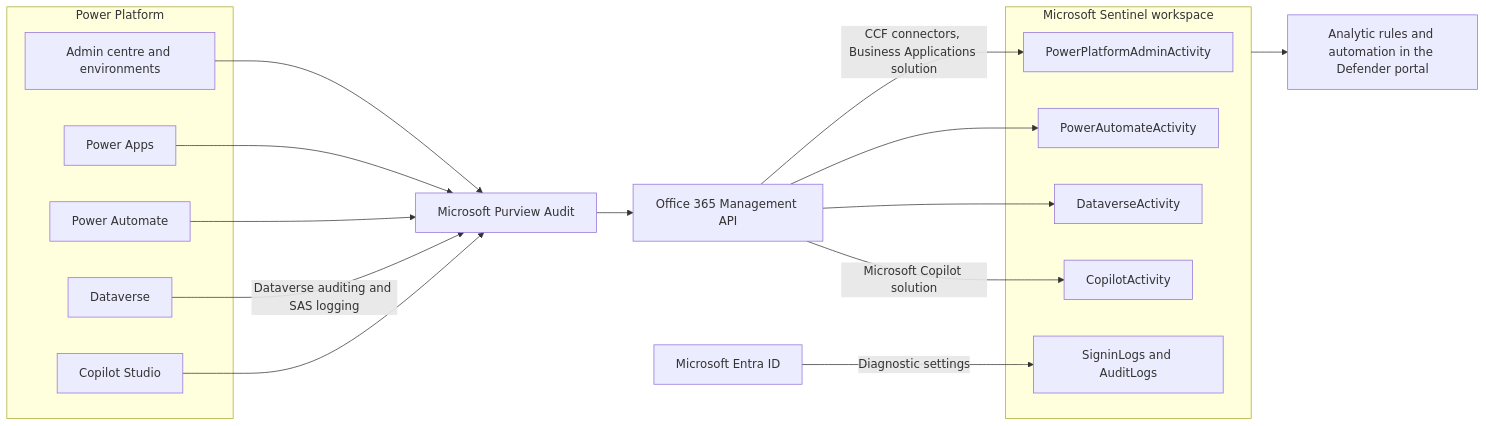
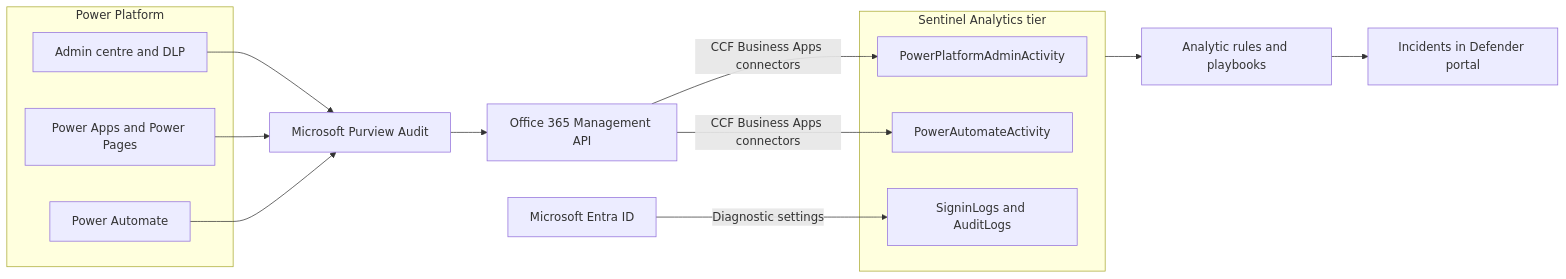
Before and after one commit to jusso-dev/microsoft-security-logging-guide: the diagram in business-apps/power-platform/README.md, drawn with Mermaid. The commit also changed other lines of this file and 9 other files, not shown here.

First line of the commit message:
Complete verified Data Security, Business Apps, AI and DevOps guides

````diff
--- a/business-apps/power-platform/README.md
+++ b/business-apps/power-platform/README.md
@@ -105,32 +83,25 @@
 ```mermaid
 flowchart LR
   subgraph PP[Power Platform]
-    ADM[Admin centre and environments]
-    APPS[Power Apps]
+    ADM[Admin centre and DLP]
+    APPS[Power Apps and Power Pages]
     FLOW[Power Automate]
-    DV[Dataverse]
-    CS[Copilot Studio]
   end
   PV[Microsoft Purview Audit]
   OMA[Office 365 Management API]
-  subgraph SEN[Microsoft Sentinel workspace]
+  ENTRA[Microsoft Entra ID]
+  subgraph SEN[Sentinel Analytics tier]
     T1[PowerPlatformAdminActivity]
     T2[PowerAutomateActivity]
-    T3[DataverseActivity]
-    T4[CopilotActivity]
-    T5[SigninLogs and AuditLogs]
+    T3[SigninLogs and AuditLogs]
   end
-  ENTRA[Microsoft Entra ID]
   ADM --> PV
   APPS --> PV
   FLOW --> PV
-  DV -->|Dataverse auditing and SAS logging| PV
-  CS --> PV
   PV --> OMA
-  OMA -->|CCF connectors, Business Applications solution| T1
-  OMA --> T2
-  OMA --> T3
-  OMA -->|Microsoft Copilot solution| T4
-  ENTRA -->|Diagnostic settings| T5
-  SEN --> RULES[Analytic rules and automation in the Defender portal]
+  OMA -->|CCF Business Apps connectors| T1
+  OMA -->|CCF Business Apps connectors| T2
+  ENTRA -->|Diagnostic settings| T3
+  SEN --> RULES[Analytic rules and playbooks]
+  RULES --> INC[Incidents in Defender portal]
 ```
````
